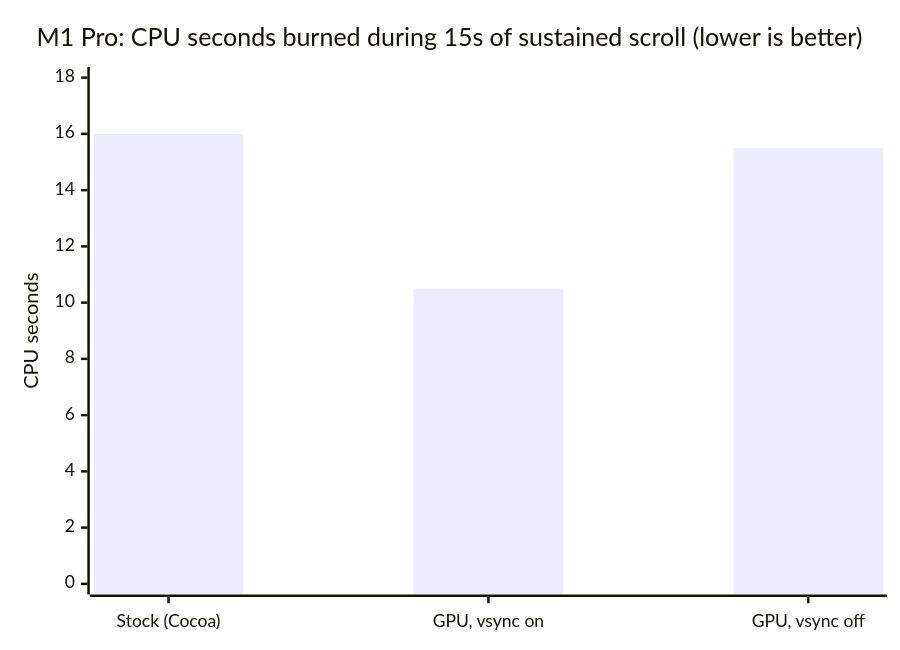
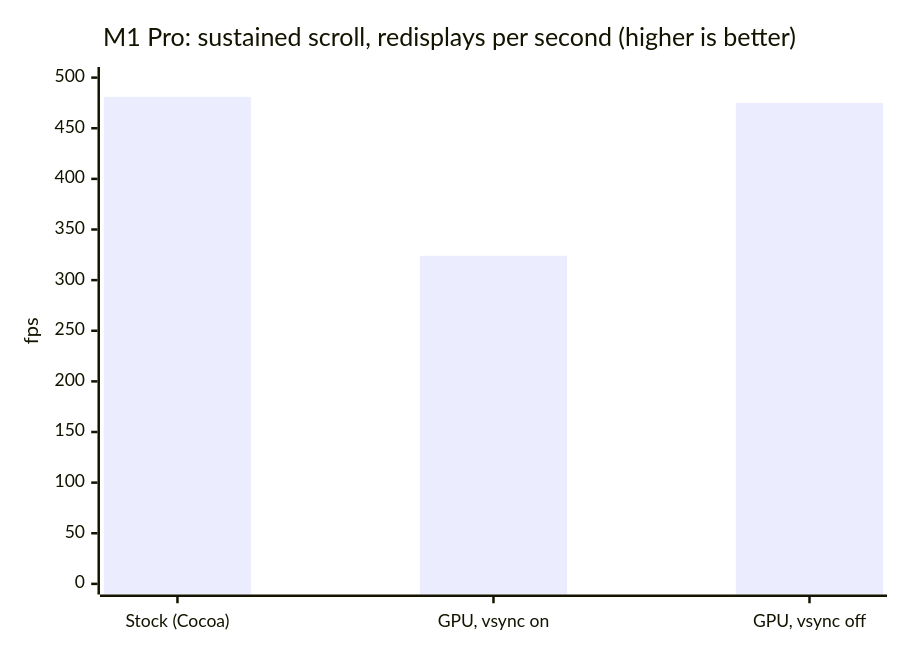
The third of 3 diagrams in README.md (bobrowadam/emacs), drawn with Mermaid before and after one commit. The commit also changed other lines of this file, not shown here.

First line of the commit message:
README: chart absolute fps, paired bars per workload

````diff
--- a/README.md
+++ b/README.md
@@ -335,7 +333,7 @@
 ```mermaid
 xychart-beta
-    title "M1 Pro: CPU seconds burned during 15s of sustained scroll (lower is better)"
+    title "M1 Pro: sustained scroll, redisplays per second (higher is better)"
     x-axis ["Stock (Cocoa)", "GPU, vsync on", "GPU, vsync off"]
-    y-axis "CPU seconds" 0 --> 18
-    bar [16.0, 10.5, 15.5]
+    y-axis "fps" 0 --> 500
+    bar [481, 324, 475]
 ```
````
